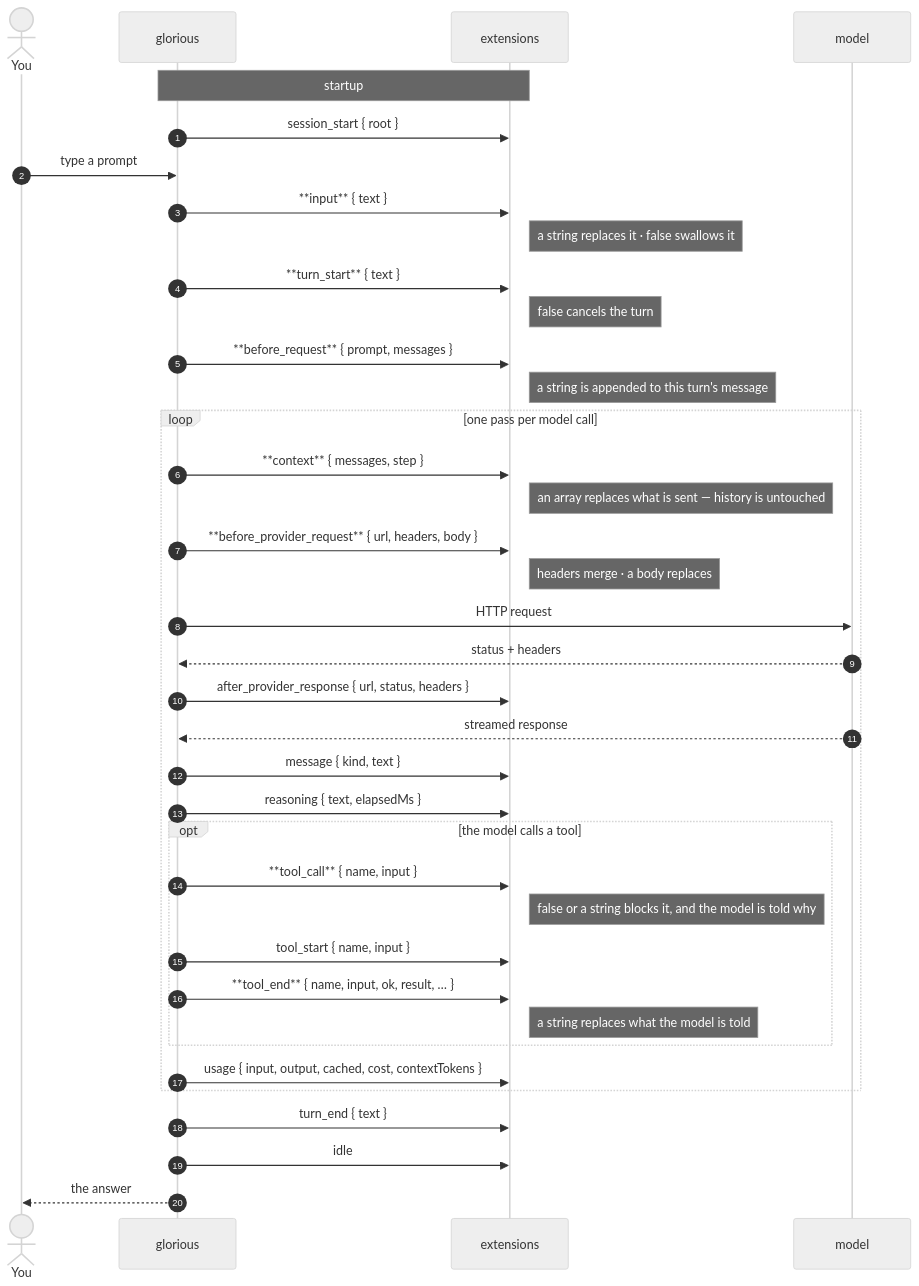
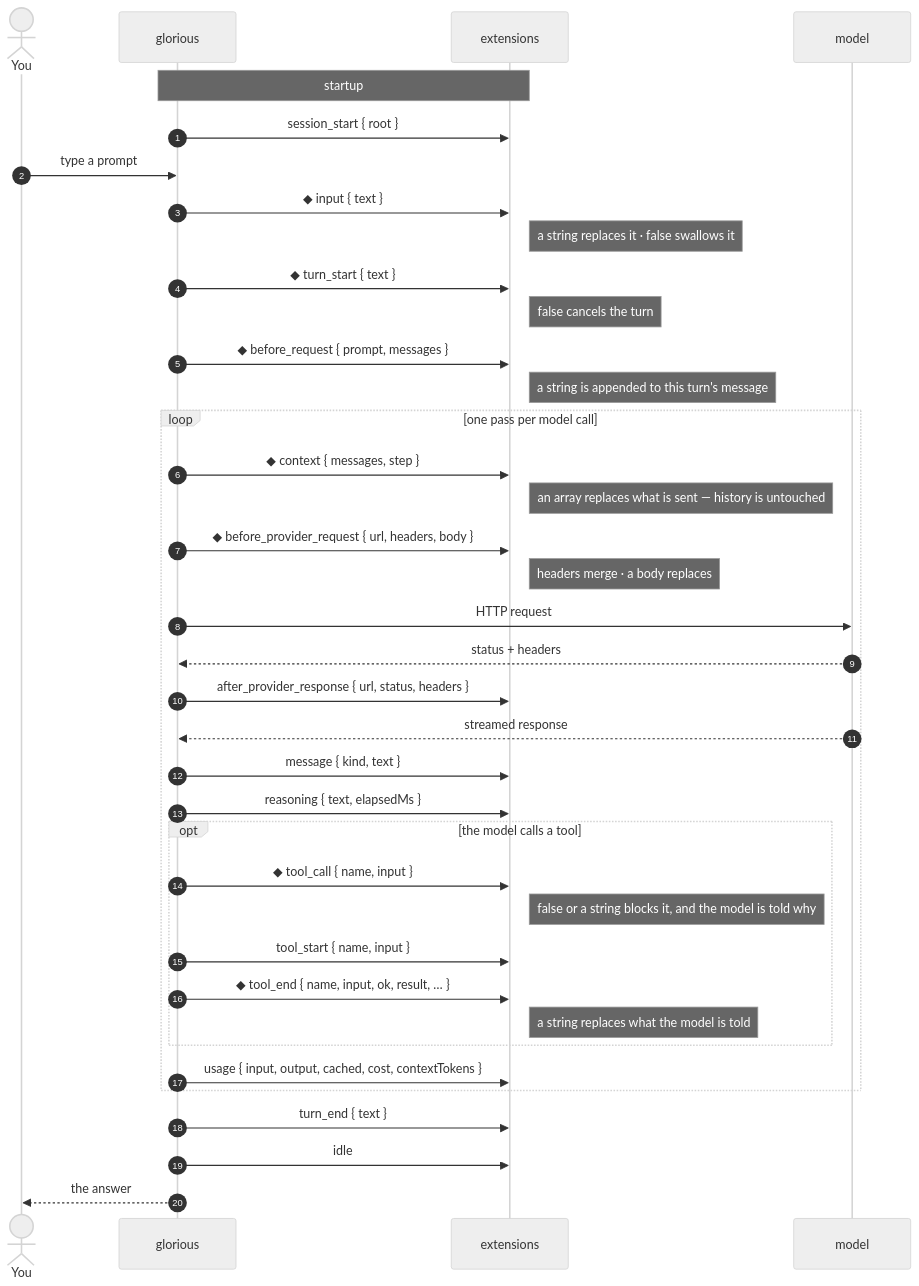
One commit to iceglober/glorious changed the first of 2 diagrams in docs/published/lifecycle.md. Above: the diagram before and after it, drawn with Mermaid (neutral theme). The commit also changed other lines of this file and 1 other file, not shown here.

Commit message:
fix: the lifecycle diagram showed literal asterisks
Mermaid does not render markdown inside sequence-diagram labels, so the
** marking hooks that can change what happens next rendered as
asterisks. A ◆ marks them now, explained in the legend. Found by
rendering the page rather than reading it.

````diff
--- a/docs/published/lifecycle.md
+++ b/docs/published/lifecycle.md
@@ -12,46 +12,46 @@
 ```mermaid
 sequenceDiagram
     autonumber
     actor You
     participant G as glorious
     participant X as extensions
     participant M as model
 
     Note over G,X: startup
     G->>X: session_start { root }
 
     You->>G: type a prompt
-    G->>X: **input** { text }
+    G->>X: ◆ input { text }
     Note right of X: a string replaces it · false swallows it
-    G->>X: **turn_start** { text }
+    G->>X: ◆ turn_start { text }
     Note right of X: false cancels the turn
-    G->>X: **before_request** { prompt, messages }
+    G->>X: ◆ before_request { prompt, messages }
     Note right of X: a string is appended to this turn's message
 
     loop one pass per model call
-        G->>X: **context** { messages, step }
+        G->>X: ◆ context { messages, step }
         Note right of X: an array replaces what is sent — history is untouched
-        G->>X: **before_provider_request** { url, headers, body }
+        G->>X: ◆ before_provider_request { url, headers, body }
         Note right of X: headers merge · a body replaces
         G->>M: HTTP request
         M-->>G: status + headers
         G->>X: after_provider_response { url, status, headers }
         M-->>G: streamed response
         G->>X: message { kind, text }
         G->>X: reasoning { text, elapsedMs }
 
         opt the model calls a tool
-            G->>X: **tool_call** { name, input }
+            G->>X: ◆ tool_call { name, input }
             Note right of X: false or a string blocks it, and the model is told why
             G->>X: tool_start { name, input }
-            G->>X: **tool_end** { name, input, ok, result, … }
+            G->>X: ◆ tool_end { name, input, ok, result, … }
             Note right of X: a string replaces what the model is told
         end
 
         G->>X: usage { input, output, cached, cost, contextTokens }
     end
 
     G->>X: turn_end { text }
     G->>X: idle
     G-->>You: the answer
 ```
````
